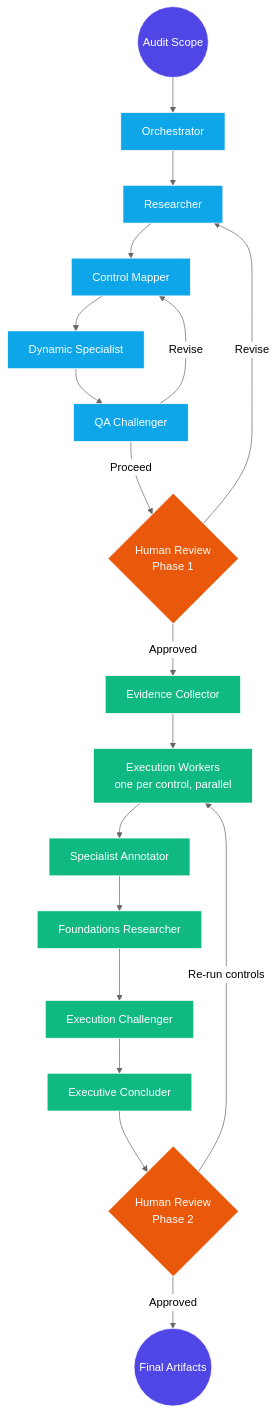
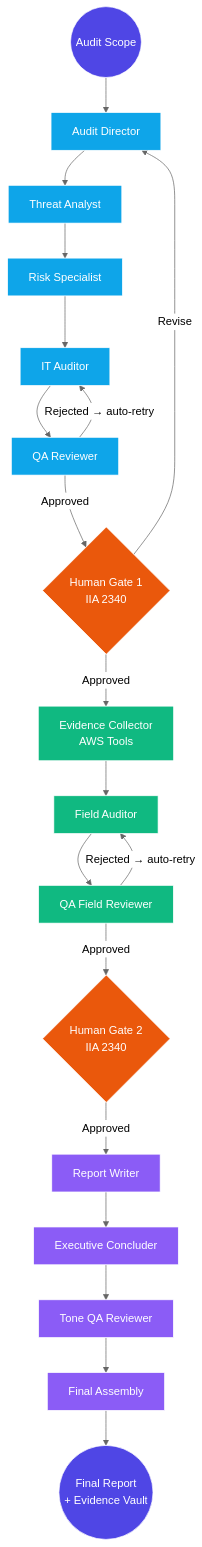
The diagram in README.md (tvobrachini/grc-audit-swarm), drawn with Mermaid (neutral theme) before and after one commit. The commit also changed other lines of this file, not shown here.

First line of the commit message:
docs: rewrite README to reflect CrewAI architecture, three-phase workflow, and current features

````diff
--- a/README.md
+++ b/README.md
@@ -32,28 +44,29 @@
 ```mermaid
 graph TD
     classDef init fill:#4f46e5,color:#fff,stroke:#fff
     classDef human fill:#ea580c,color:#fff,stroke:#fff
     classDef phase1 fill:#0ea5e9,color:#fff,stroke:#fff
     classDef phase2 fill:#10b981,color:#fff,stroke:#fff
+    classDef phase3 fill:#8b5cf6,color:#fff,stroke:#fff
 
-    Start((Audit Scope)):::init --> Orch[Orchestrator]:::phase1
-    Orch --> Res[Researcher]:::phase1
-    Res --> Map[Control Mapper]:::phase1
-    Map --> Spec[Dynamic Specialist]:::phase1
-    Spec --> QA1[QA Challenger]:::phase1
-    QA1 -- Revise --> Map
-    QA1 -- Proceed --> HR1{Human Review\nPhase 1}:::human
+    Start((Audit Scope)):::init --> Dir[Audit Director]:::phase1
+    Dir --> Ana[Threat Analyst]:::phase1
+    Ana --> Spec[Risk Specialist]:::phase1
+    Spec --> Aud[IT Auditor]:::phase1
+    Aud --> QA1[QA Reviewer]:::phase1
+    QA1 -- Rejected → auto-retry --> Aud
+    QA1 -- Approved --> HR1{Human Gate 1\nIIA 2340}:::human
 
-    HR1 -- Revise --> Res
-    HR1 -- Approved --> Ev[Evidence Collector]:::phase2
+    HR1 -- Revise --> Dir
+    HR1 -- Approved --> Col[Evidence Collector\nAWS Tools]:::phase2
+    Col --> FA[Field Auditor]:::phase2
+    FA --> QA2[QA Field Reviewer]:::phase2
+    QA2 -- Rejected → auto-retry --> FA
+    QA2 -- Approved --> HR2{Human Gate 2\nIIA 2340}:::human
 
-    Ev --> Workers[Execution Workers\none per control, parallel]:::phase2
-    Workers --> Spec2[Specialist Annotator]:::phase2
-    Spec2 --> Res2[Foundations Researcher]:::phase2
-    Res2 --> QA2[Execution Challenger]:::phase2
-    QA2 --> Conc[Executive Concluder]:::phase2
-    Conc --> HR2{Human Review\nPhase 2}:::human
-
-    HR2 -- Re-run controls --> Workers
-    HR2 -- Approved --> End((Final Artifacts)):::init
+    HR2 -- Approved --> Wr[Report Writer]:::phase3
+    Wr --> Ex[Executive Concluder]:::phase3
+    Ex --> QA3[Tone QA Reviewer]:::phase3
+    QA3 --> Asm[Final Assembly]:::phase3
+    Asm --> End((Final Report\n+ Evidence Vault)):::init
 ```
````
